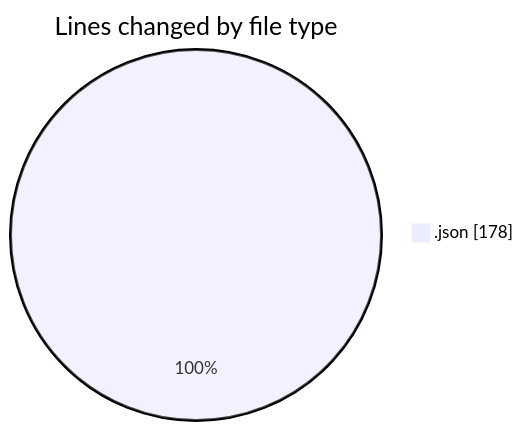
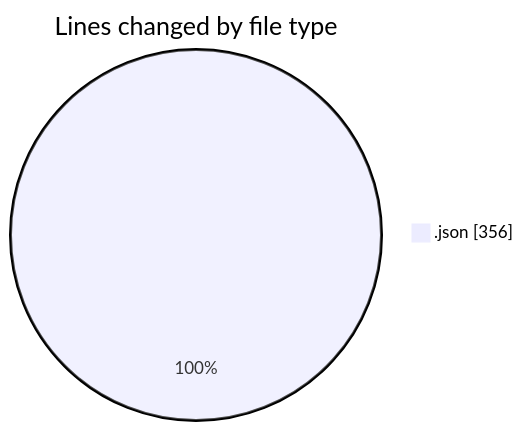
One commit to trdunsworth/code-tracking changed the first of 2 diagrams in 2025-04-11/synth_dist/README.md. Above: the diagram before and after it, drawn with Mermaid. The commit also changed other lines of this file and 1 other file, not shown here.

````diff
--- a/2025-04-11/synth_dist/README.md
+++ b/2025-04-11/synth_dist/README.md
@@ -20,5 +20,5 @@
 ```mermaid
 pie showData
 title Lines changed by file type
-".json" : 178
+".json" : 356
 ```
````
